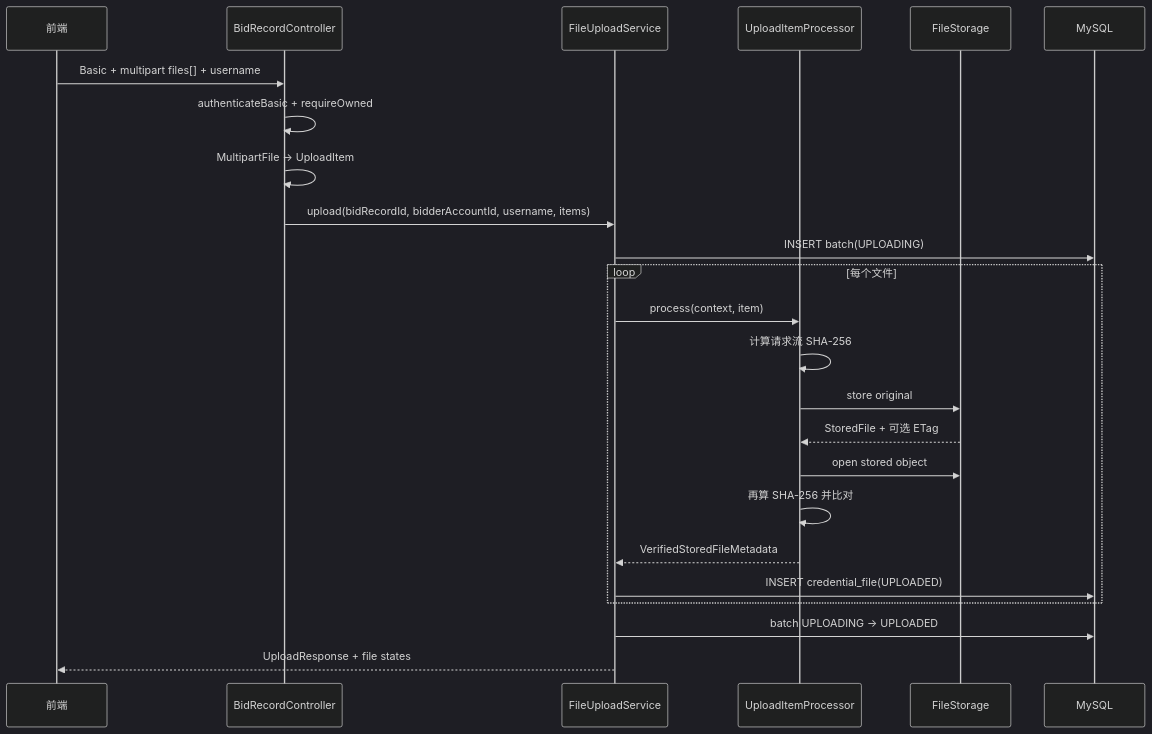
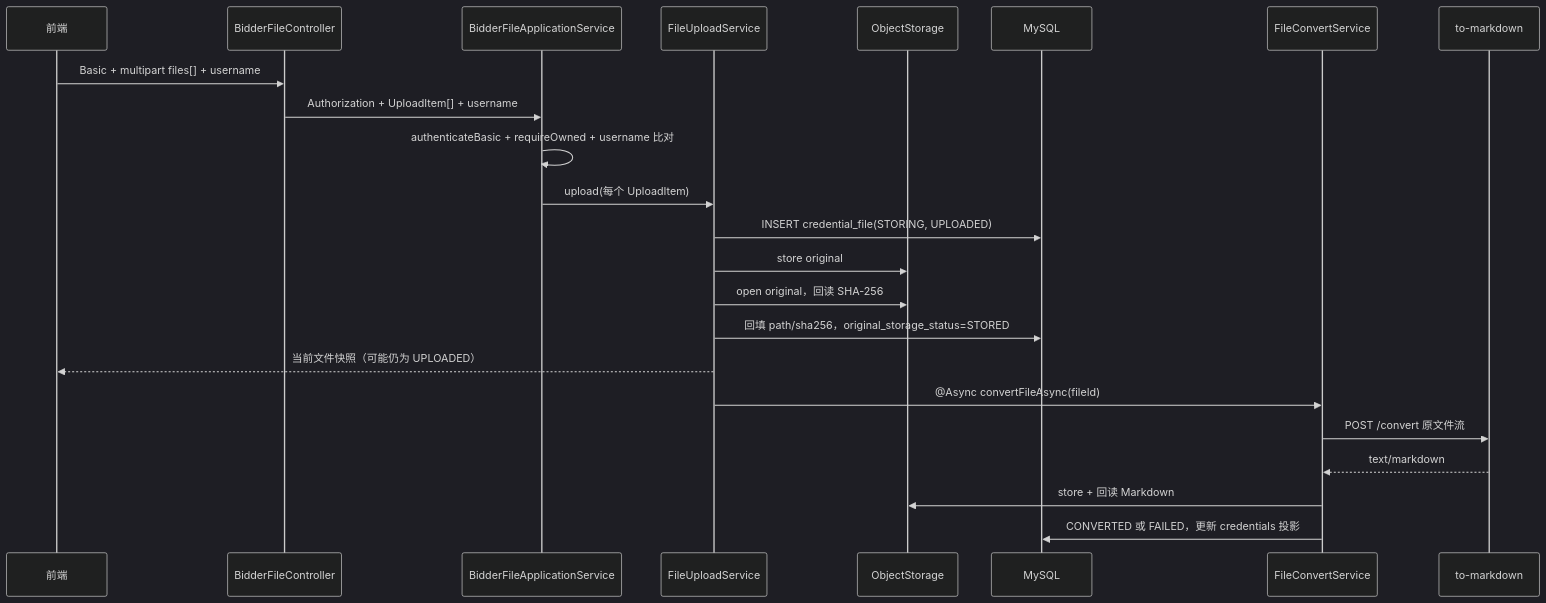
One commit to Jianshi-Lu/smart-bid-platform-be changed the diagram in docs/business-process.md. Above: the diagram before and after it, drawn with Mermaid (dark theme). The commit also changed other lines of this file and 146 other files, not shown here.

````diff
--- a/docs/business-process.md
+++ b/docs/business-process.md
@@ -336,27 +35,26 @@
 ```mermaid
 sequenceDiagram
     participant FE as 前端
-    participant C as BidRecordController
-    participant S as FileUploadService
-    participant P as UploadItemProcessor
-    participant FS as FileStorage
+    participant C as BidderFileController
+    participant A as BidderFileApplicationService
+    participant U as FileUploadService
+    participant OS as ObjectStorage
     participant DB as MySQL
+    participant CV as FileConvertService
+    participant TM as to-markdown
 
     FE->>C: Basic + multipart files[] + username
-    C->>C: authenticateBasic + requireOwned
-    C->>C: MultipartFile → UploadItem
-    C->>S: upload(bidRecordId, bidderAccountId, username, items)
-    S->>DB: INSERT batch(UPLOADING)
-    loop 每个文件
-        S->>P: process(context, item)
-        P->>P: 计算请求流 SHA-256
-        P->>FS: store original
-        FS-->>P: StoredFile + 可选 ETag
-        P->>FS: open stored object
-        P->>P: 再算 SHA-256 并比对
-        P-->>S: VerifiedStoredFileMetadata
-        S->>DB: INSERT credential_file(UPLOADED)
-    end
-    S->>DB: batch UPLOADING → UPLOADED
-    S-->>FE: UploadResponse + file states
+    C->>A: Authorization + UploadItem[] + username
+    A->>A: authenticateBasic + requireOwned + username 比对
+    A->>U: upload(每个 UploadItem)
+    U->>DB: INSERT credential_file(STORING, UPLOADED)
+    U->>OS: store original
+    U->>OS: open original，回读 SHA-256
+    U->>DB: 回填 path/sha256，original_storage_status=STORED
+    U-->>FE: 当前文件快照（可能仍为 UPLOADED）
+    U->>CV: @Async convertFileAsync(fileId)
+    CV->>TM: POST /convert 原文件流
+    TM-->>CV: text/markdown
+    CV->>OS: store + 回读 Markdown
+    CV->>DB: CONVERTED 或 FAILED，更新 credentials 投影
 ```
````
